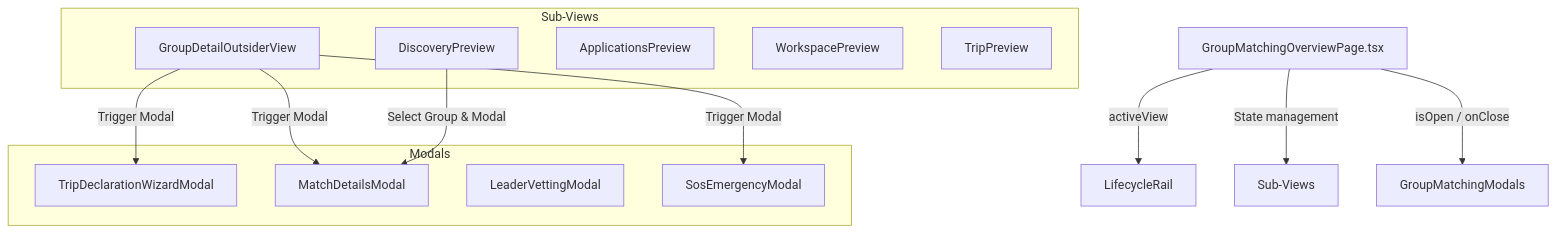
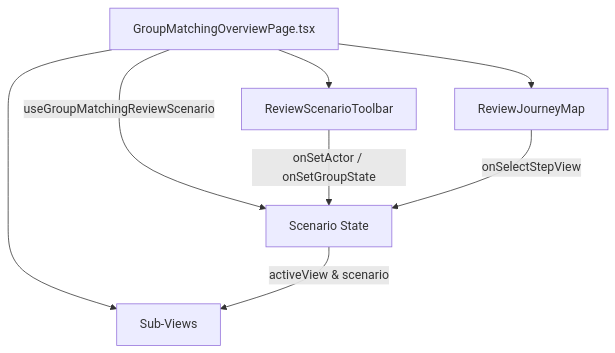
One commit to SEP490-G29-TrekSphere/TrekSphere---CloneUI changed the diagram in src/features/companion-groups/README.md. Above: the diagram before and after it, drawn with Mermaid. The commit also changed other lines of this file and 115 other files, not shown here.

Commit message:
feat(ui-clone): sync TrekSphere UI enhancements, public profile, group workspace and MSW setup

````diff
--- a/src/features/companion-groups/README.md
+++ b/src/features/companion-groups/README.md
@@ -52,26 +68,11 @@
 ```mermaid
 graph TD
-    A[GroupMatchingOverviewPage.tsx] -->|activeView| B[LifecycleRail]
-    A -->|State management| C[Sub-Views]
-    A -->|isOpen / onClose| D[GroupMatchingModals]
+    A[GroupMatchingOverviewPage.tsx] -->|useGroupMatchingReviewScenario| B[Scenario State]
+    A --> C[ReviewScenarioToolbar]
+    A --> D[ReviewJourneyMap]
+    A --> E[Sub-Views]
 
-    subgraph Sub-Views
-        C1[GroupDetailOutsiderView]
-        C2[DiscoveryPreview]
-        C3[ApplicationsPreview]
-        C4[WorkspacePreview]
-        C5[TripPreview]
-    end
-
-    subgraph Modals
-        D1[TripDeclarationWizardModal]
-        D2[MatchDetailsModal]
-        D3[LeaderVettingModal]
-        D4[SosEmergencyModal]
-    end
-
-    C1 -->|Trigger Modal| D1
-    C1 -->|Trigger Modal| D2
-    C1 -->|Trigger Modal| D4
-    C2 -->|Select Group & Modal| D2
+    C -->|onSetActor / onSetGroupState| B
+    D -->|onSelectStepView| B
+    B -->|activeView & scenario| E
 ```
````
